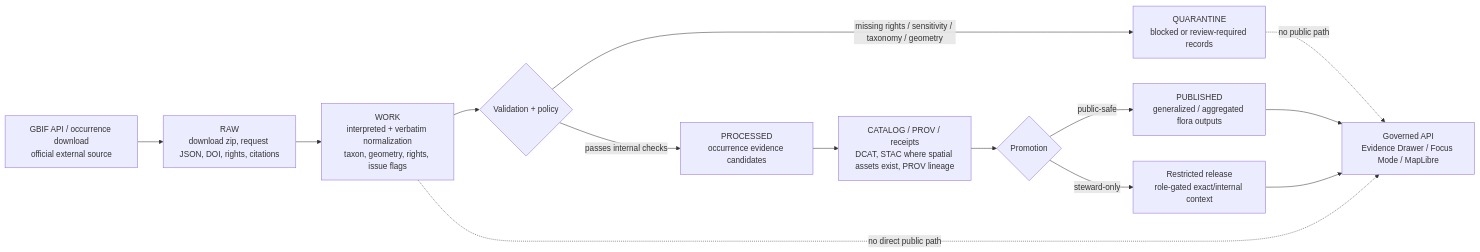
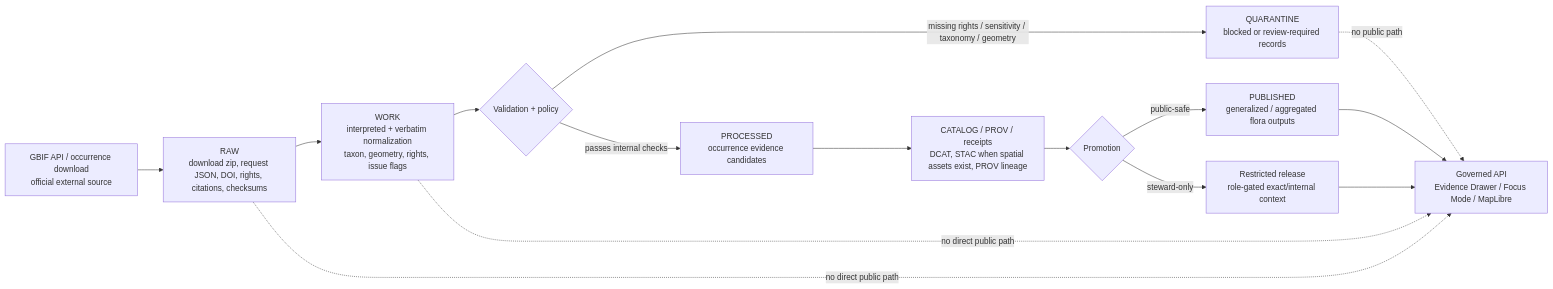
Before and after one commit to bartytime4life/Kansas-Frontier-Matrix: the diagram in contracts/source/kansas_flora/gbif.md, drawn with Mermaid. The commit also changed other lines of this file, not shown here.

First line of the commit message:
Revise GBIF Source Contract for Kansas Flora

````diff
--- a/contracts/source/kansas_flora/gbif.md
+++ b/contracts/source/kansas_flora/gbif.md
@@ -162,17 +211,18 @@
 ```mermaid
 flowchart LR
-    A[GBIF API / occurrence download<br/>official external source] --> B[RAW<br/>download zip, request JSON, DOI, rights, citations]
+    A[GBIF API / occurrence download<br/>official external source] --> B[RAW<br/>download zip, request JSON, DOI, rights, citations, checksums]
     B --> C[WORK<br/>interpreted + verbatim normalization<br/>taxon, geometry, rights, issue flags]
     C --> D{Validation + policy}
     D -- missing rights / sensitivity / taxonomy / geometry --> E[QUARANTINE<br/>blocked or review-required records]
     D -- passes internal checks --> F[PROCESSED<br/>occurrence evidence candidates]
-    F --> G[CATALOG / PROV / receipts<br/>DCAT, STAC where spatial assets exist, PROV lineage]
+    F --> G[CATALOG / PROV / receipts<br/>DCAT, STAC when spatial assets exist, PROV lineage]
     G --> H{Promotion}
     H -- public-safe --> I[PUBLISHED<br/>generalized / aggregated flora outputs]
     H -- steward-only --> J[Restricted release<br/>role-gated exact/internal context]
     I --> K[Governed API<br/>Evidence Drawer / Focus Mode / MapLibre]
     J --> K
 
     C -. no direct public path .-> K
     E -. no public path .-> K
+    B -. no direct public path .-> K
 ```
````
